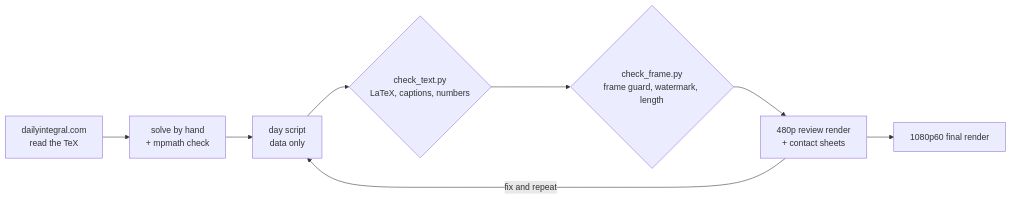
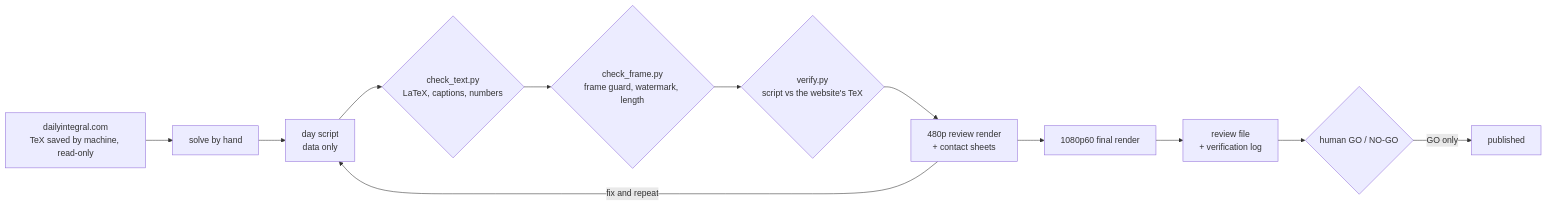
The diagram in README.md (hsfhmmni/daily-integral-manim), drawn with Mermaid before and after one commit. The commit also changed other lines of this file and 6 other files, not shown here.

````diff
--- a/README.md
+++ b/README.md
@@ -48,10 +48,14 @@
 ```mermaid
 flowchart LR
-  A[dailyintegral.com<br/>read the TeX] --> B[solve by hand<br/>+ mpmath check]
+  A[dailyintegral.com<br/>TeX saved by machine, read-only] --> B[solve by hand]
   B --> C[day script<br/>data only]
   C --> D{check_text.py<br/>LaTeX, captions, numbers}
   D --> E{check_frame.py<br/>frame guard, watermark, length}
-  E --> F[480p review render<br/>+ contact sheets]
+  E --> V{verify.py<br/>script vs the website's TeX}
+  V --> F[480p review render<br/>+ contact sheets]
   F -->|fix and repeat| C
   F --> G[1080p60 final render]
+  G --> R[review file<br/>+ verification log]
+  R --> H{human GO / NO-GO}
+  H -->|GO only| P[published]
 ```
````
